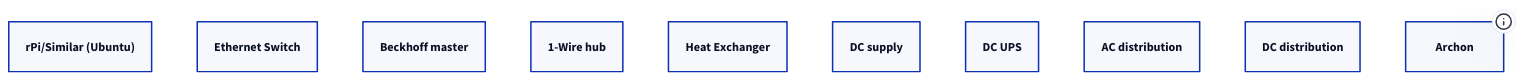
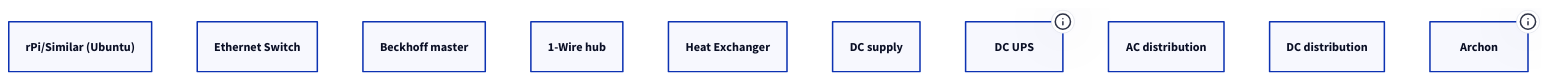
One commit to baileyji/zshooter_d2 changed the diagram in equipment.d2. Above: the diagram before and after it, drawn with D2. The commit also changed 23 other files, not shown here.

```diff
--- a/equipment.d2
+++ b/equipment.d2
@@ -1,11 +1,11 @@
 # Reusable equipment defaults. Assembly-specific identity and wiring live in model/.
 module_computer: {label: "rPi/Similar (Ubuntu)"; class: computer}
 ethernet_switch: {label: "Ethernet Switch"; class: computer}
 beckhoff_master: {label: "Beckhoff master"; class: controller}
 temperature_hub: {label: "1-Wire hub"; class: controller}
 heat_exchanger: {label: "Heat Exchanger"; class: device}
 dc_supply: {label: "DC supply"; class: utility}
-dc_ups: {label: "DC UPS"; class: utility}
+dc_ups: {label: "DC UPS"; class: utility; tooltip: "Charges from and supplies the DC distribution bus."}
 ac_distribution: {label: "AC distribution"; class: utility}
 dc_distribution: {label: "DC distribution"; class: utility}
 archon: {label: "Archon"; class: controller; tooltip: "One Archon per detector."}
```
